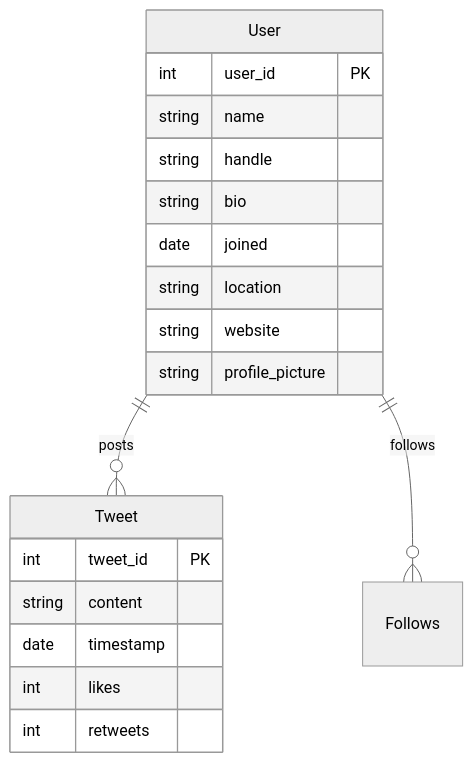
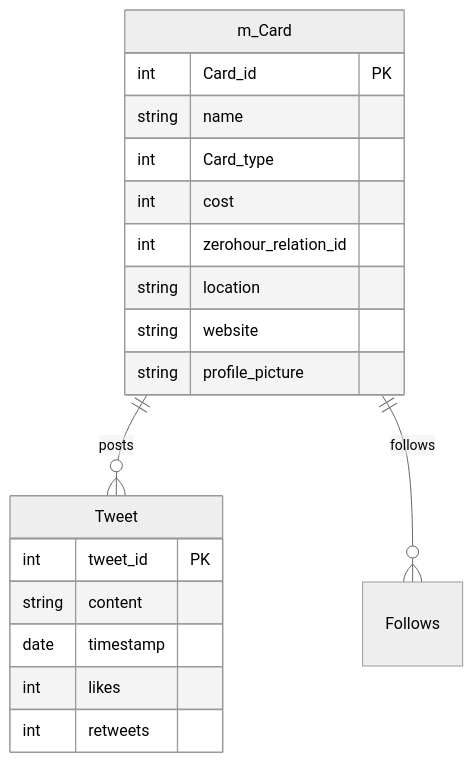
The first of 3 diagrams in md/zerohour.md (Decktrade/knowledge), drawn with Mermaid (neutral theme) before and after one commit. The commit also changed other lines of this file, not shown here.

Commit message:
WIP:E-R図

````diff
--- a/md/zerohour.md
+++ b/md/zerohour.md
@@ -5,22 +13,22 @@
 ```mermaid
 erDiagram
-	User ||--o{ Tweet : posts
-	User ||--o{ Follows : follows
-	User {
-		int user_id PK
+	m_Card ||--o{ Tweet : posts
+	m_Card ||--o{ Follows : follows
+	m_Card {
+		int Card_id PK
 		string name
-		string handle
-		string bio
-		date joined
+		int Card_type
+		int cost
+		int zerohour_relation_id
 		string location
 		string website
 		string profile_picture
 	}
 	Tweet {
 		int tweet_id PK
 		string content
 		date timestamp
 		int likes
 		int retweets
 	}
 ```
````
